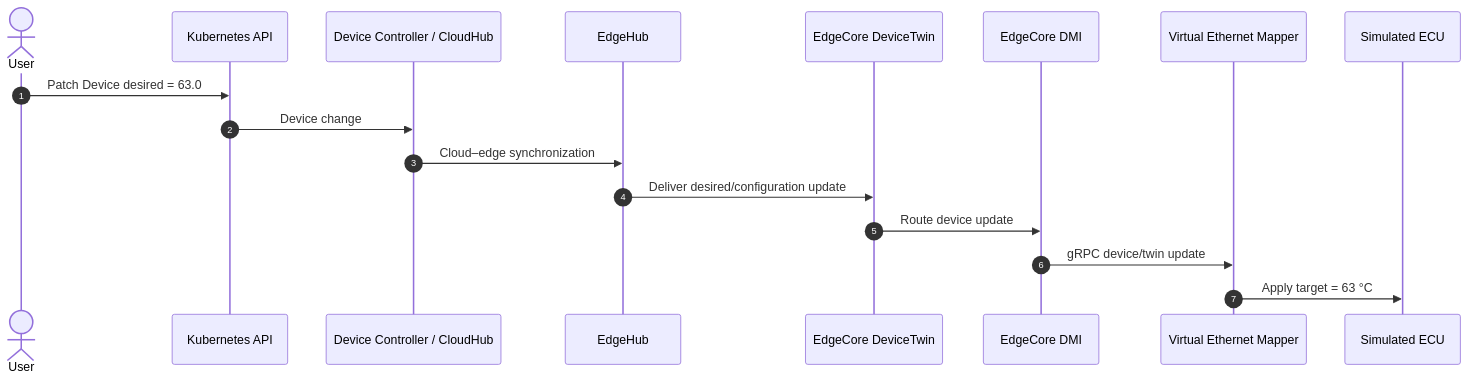
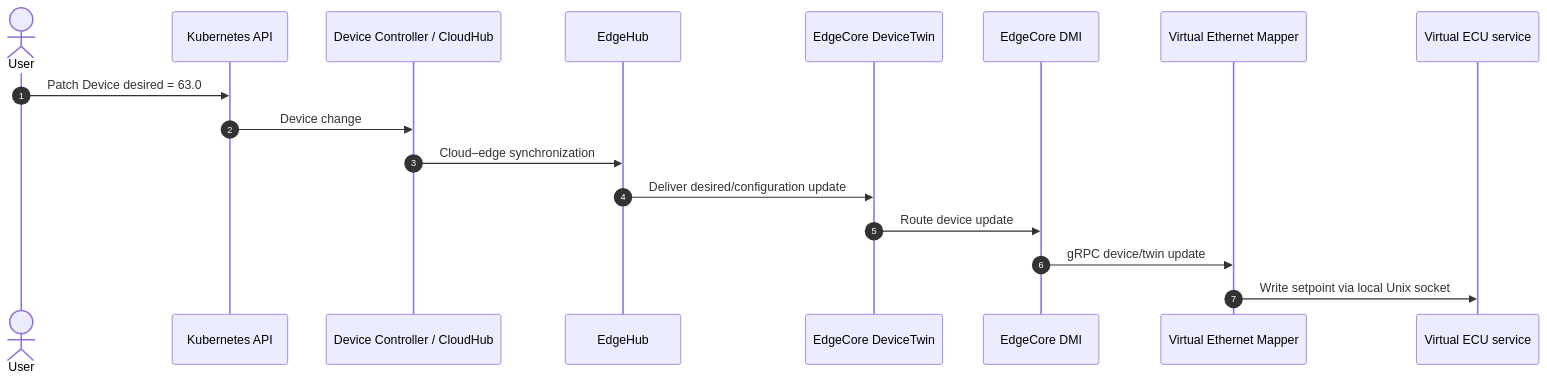
The fifth of 9 diagrams in README.md (neotera-eu/up2date4sdv-continuumx-playground), drawn with Mermaid before and after one commit. The commit also changed other lines of this file and 14 other files, not shown here.

Commit message:
Add virtual ECU firmware update; vECU is now a separate entity (was part of the mapper)

````diff
--- a/README.md
+++ b/README.md
@@ -312,20 +318,20 @@
 ```mermaid
 sequenceDiagram
     autonumber
     actor User
     participant API as Kubernetes API
     participant DC as Device Controller / CloudHub
     participant EH as EdgeHub
     participant Twin as EdgeCore DeviceTwin
     participant DMI as EdgeCore DMI
     participant Mapper as Virtual Ethernet Mapper
-    participant ECU as Simulated ECU
+    participant ECU as Virtual ECU service
 
     User->>API: Patch Device desired = 63.0
     API->>DC: Device change
     DC->>EH: Cloud–edge synchronization
     EH->>Twin: Deliver desired/configuration update
     Twin->>DMI: Route device update
     DMI->>Mapper: gRPC device/twin update
-    Mapper->>ECU: Apply target = 63 °C
+    Mapper->>ECU: Write setpoint via local Unix socket
 ```
````
